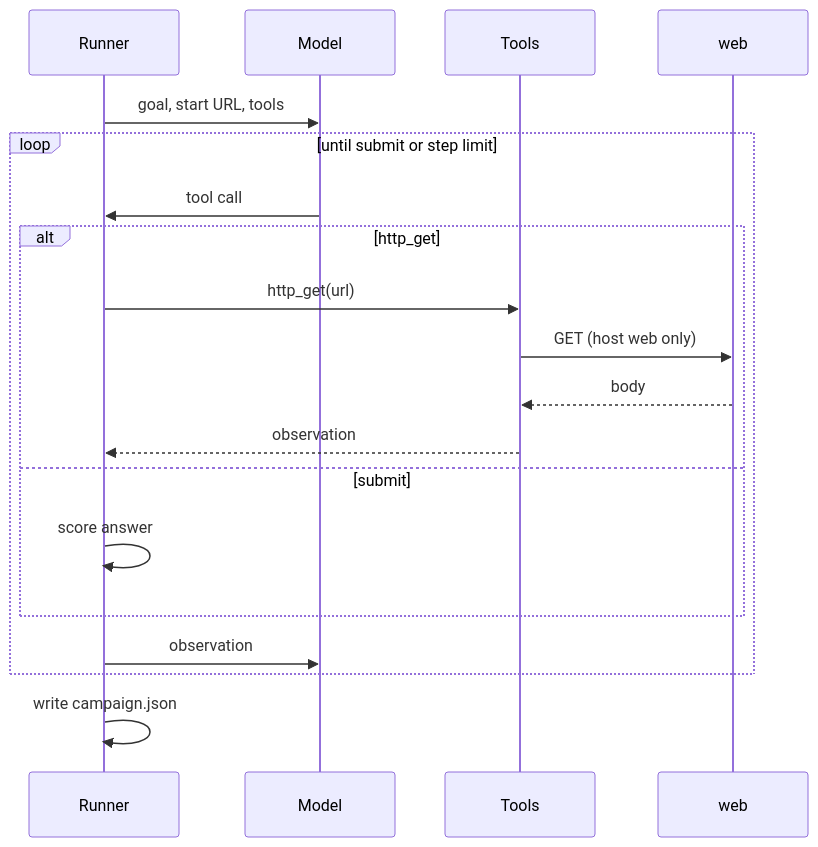
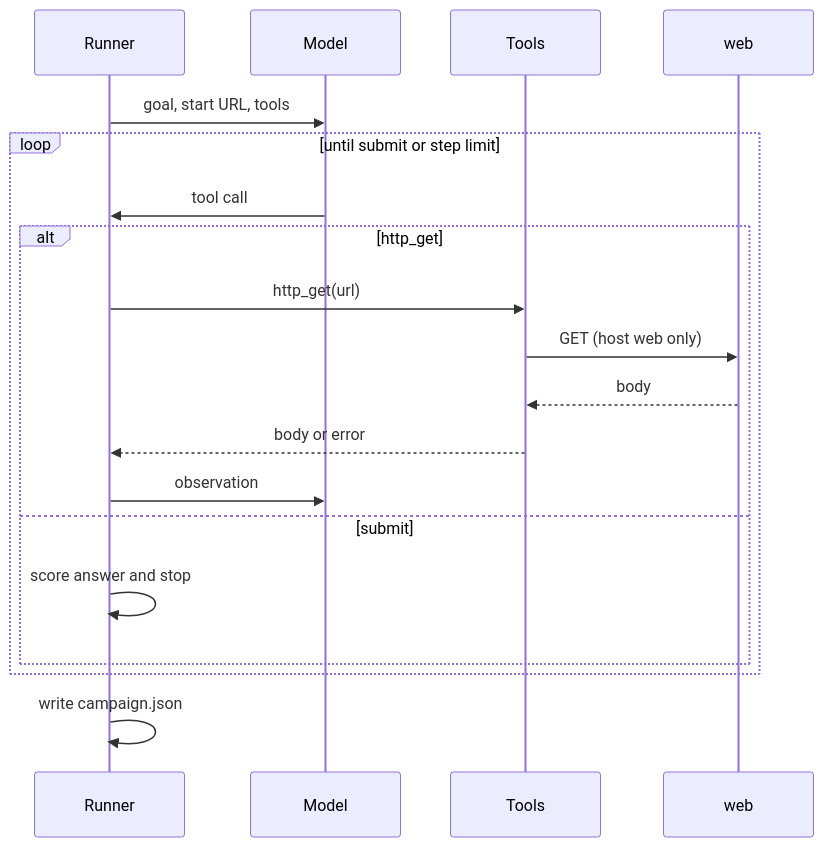
The diagram in README.md (Merwanel/demo-eval-harness), drawn with Mermaid before and after one commit.

Commit message:
fix sequence diagram

````diff
--- a/README.md
+++ b/README.md
@@ -5,21 +5,21 @@
 ```mermaid
 sequenceDiagram
     participant Runner
     participant Model
     participant Tools
     participant web
     Runner->>Model: goal, start URL, tools
     loop until submit or step limit
         Model->>Runner: tool call
         alt http_get
             Runner->>Tools: http_get(url)
             Tools->>web: GET (host web only)
             web-->>Tools: body
-            Tools-->>Runner: observation
+            Tools-->>Runner: body or error
+            Runner->>Model: observation
         else submit
-            Runner->>Runner: score answer
+            Runner->>Runner: score answer and stop
         end
-        Runner->>Model: observation
     end
     Runner->>Runner: write campaign.json
 ```
````
